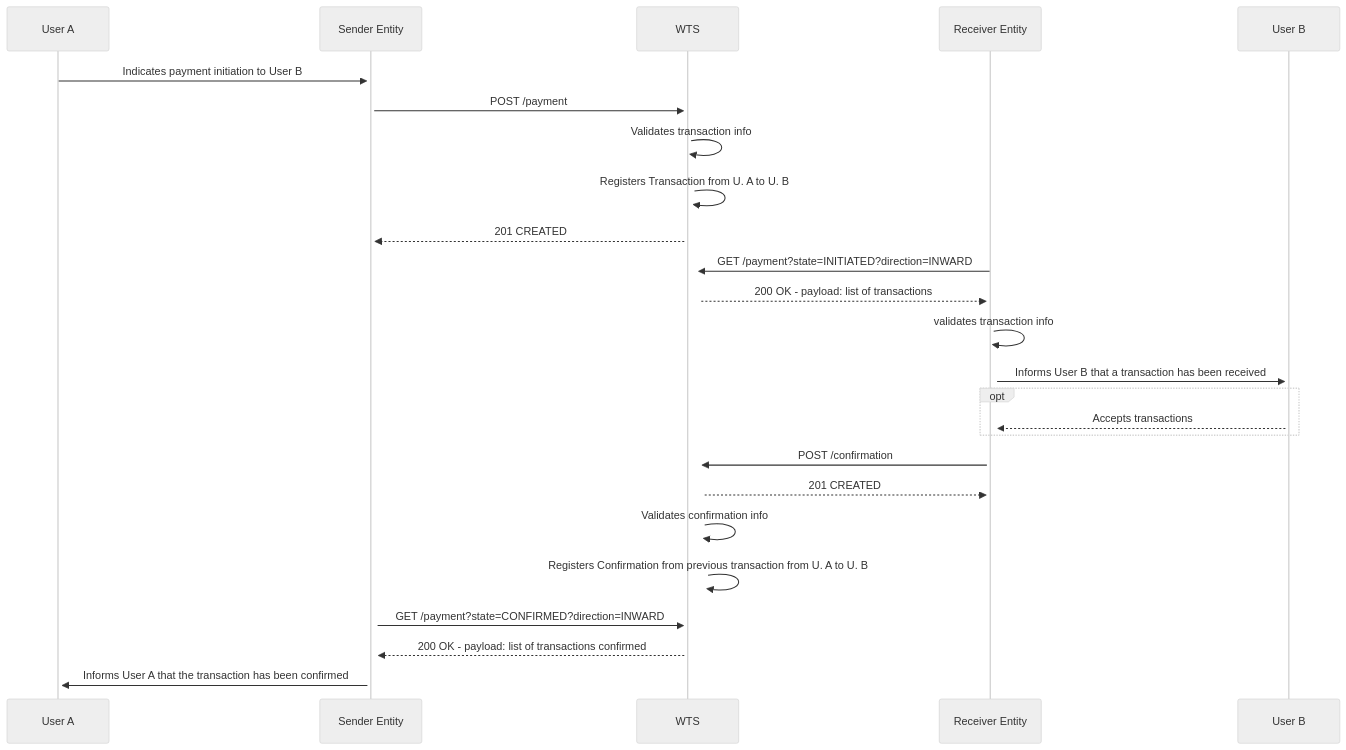
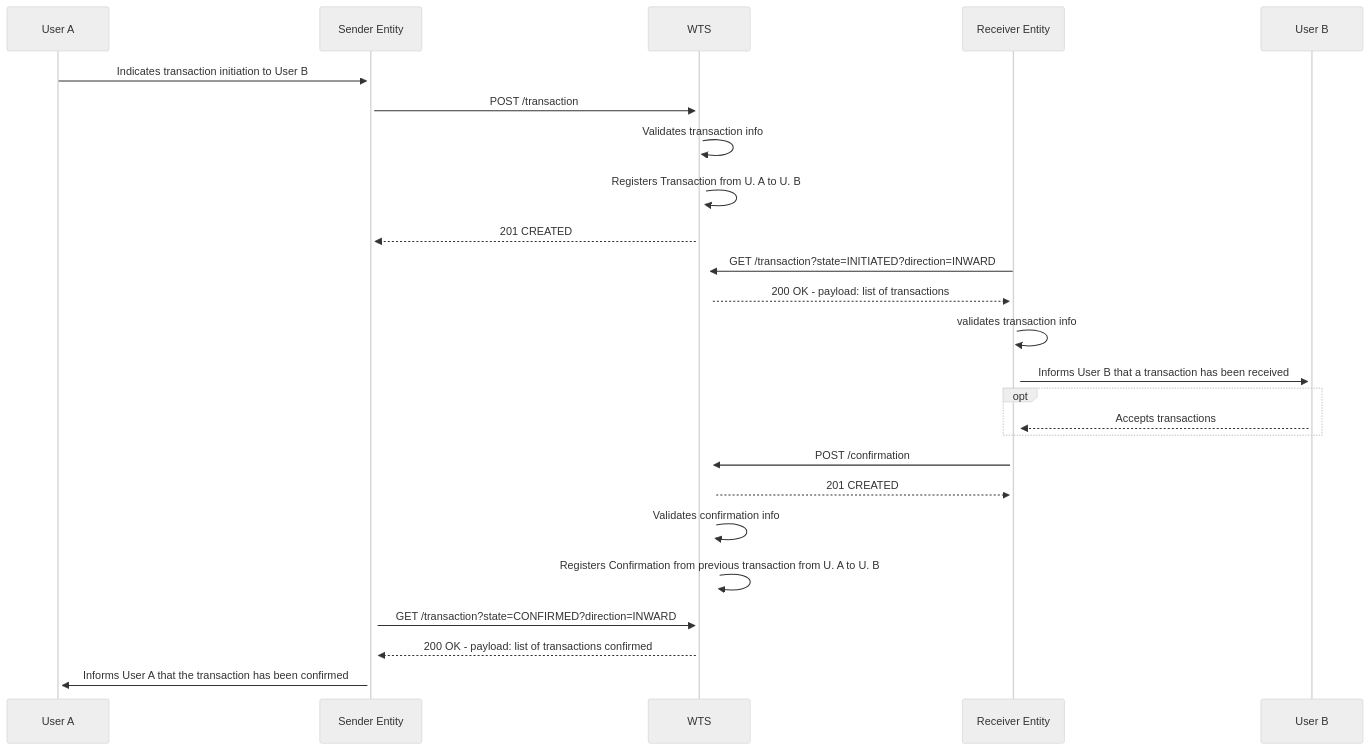
One commit to TheMulittle/Weird-Transaction-System changed the diagram in readme/mermaid.md. Above: the diagram before and after it, drawn with Mermaid (neutral theme). The commit also changed 45 other files, not shown here.

````diff
--- a/readme/mermaid.md
+++ b/readme/mermaid.md
@@ -1,22 +1,22 @@
 ```mermaid
 sequenceDiagram
-    User A->>+Sender Entity: Indicates payment initiation to User B
-    Sender Entity->>+WTS: POST /payment
+    User A->>+Sender Entity: Indicates transaction initiation to User B
+    Sender Entity->>+WTS: POST /transaction
     WTS ->>+WTS: Validates transaction info
     WTS->>+WTS: Registers Transaction from U. A to U. B
     WTS-->>+Sender Entity: 201 CREATED
-    Receiver Entity->>+WTS: GET /payment?state=INITIATED?direction=INWARD
+    Receiver Entity->>+WTS: GET /transaction?state=INITIATED?direction=INWARD
     WTS-->>+Receiver Entity: 200 OK - payload: list of transactions
     Receiver Entity->>+Receiver Entity: validates transaction info
     Receiver Entity->>+User B: Informs User B that a transaction has been received
     opt
     User B-->>+Receiver Entity: Accepts transactions
     end
     Receiver Entity->>+WTS: POST /confirmation
     WTS-->>+Receiver Entity: 201 CREATED
     WTS ->>+WTS: Validates confirmation info
     WTS ->>+WTS: Registers Confirmation from previous transaction from U. A to U. B
-    Sender Entity->>+WTS: GET /payment?state=CONFIRMED?direction=INWARD
+    Sender Entity->>+WTS: GET /transaction?state=CONFIRMED?direction=INWARD
     WTS-->>+Sender Entity: 200 OK - payload: list of transactions confirmed
     Sender Entity->>+User A: Informs User A that the transaction has been confirmed
 ```
````
